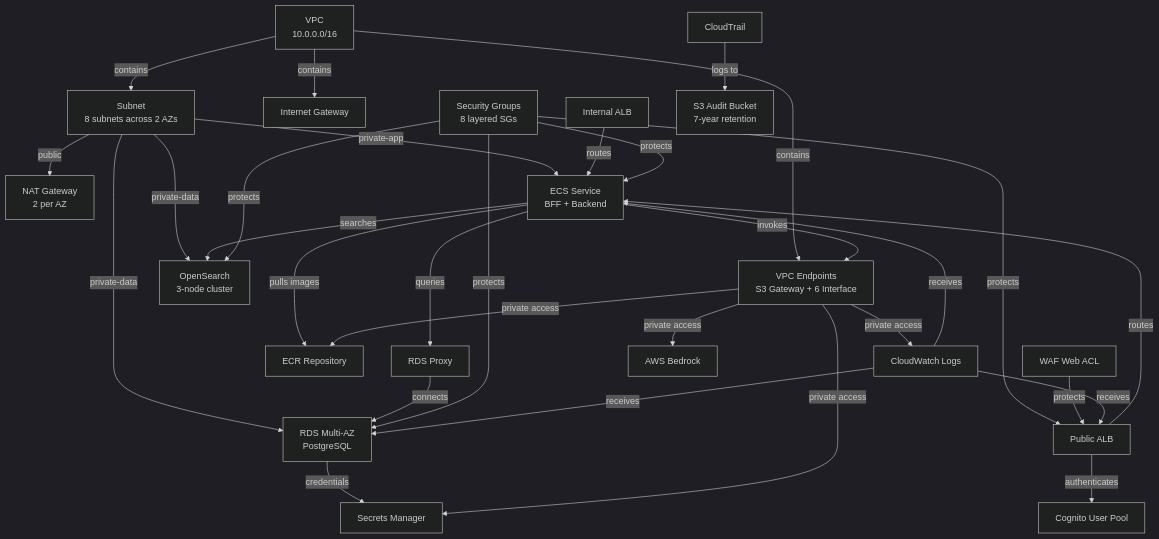
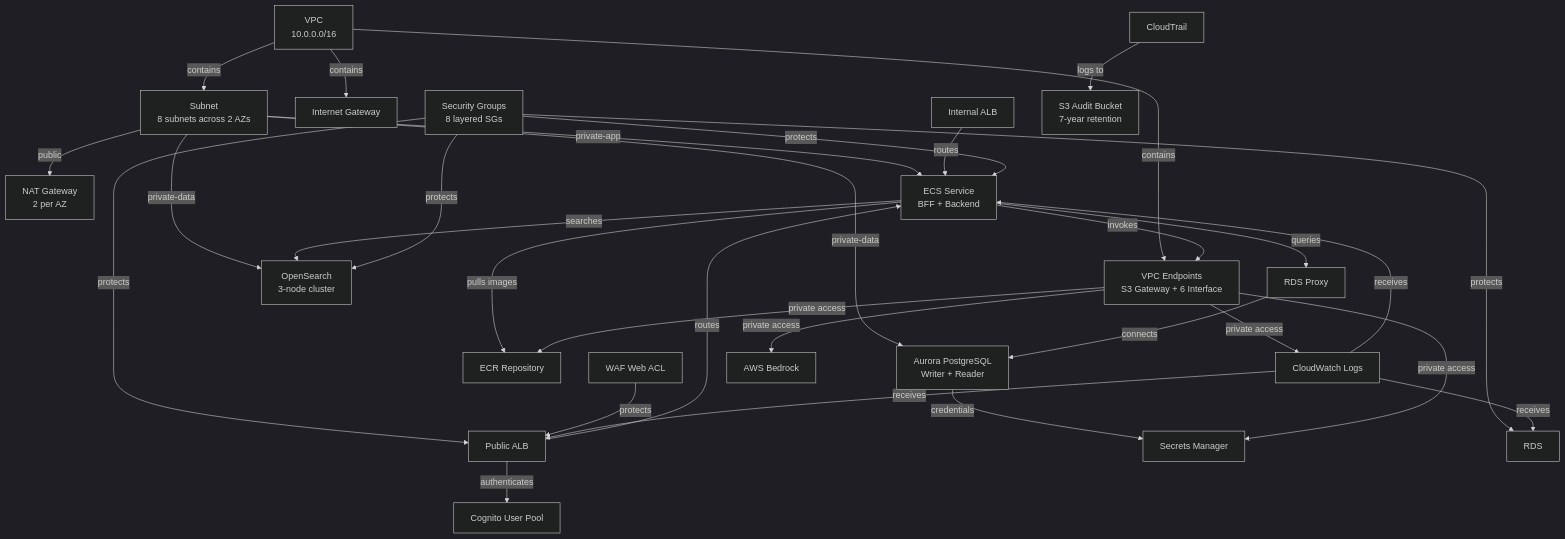
Before and after one commit to jerryyf/aws-hackathon-infra: the diagram in specs/002-create-python-application/data-model.md, drawn with Mermaid (dark theme). The commit also changed other lines of this file and 5 other files, not shown here.

First line of the commit message:
feat(spec-002): migrate database from RDS to Aurora PostgreSQL

````diff
--- a/specs/002-create-python-application/data-model.md
+++ b/specs/002-create-python-application/data-model.md
@@ -732,41 +765,41 @@
 ```mermaid
 graph TB
     VPC[VPC<br/>10.0.0.0/16] -->|contains| Subnet[Subnet<br/>8 subnets across 2 AZs]
     VPC -->|contains| IGW[Internet Gateway]
     VPC -->|contains| VPCEndpoint[VPC Endpoints<br/>S3 Gateway + 6 Interface]
     
     Subnet -->|public| NAT[NAT Gateway<br/>2 per AZ]
     Subnet -->|private-app| ECS[ECS Service<br/>BFF + Backend]
-    Subnet -->|private-data| RDS[RDS Multi-AZ<br/>PostgreSQL]
+    Subnet -->|private-data| Aurora[Aurora PostgreSQL<br/>Writer + Reader]
     Subnet -->|private-data| OpenSearch[OpenSearch<br/>3-node cluster]
     
     ALB[Public ALB] -->|authenticates| Cognito[Cognito User Pool]
     ALB -->|routes| ECS
     ALBInternal[Internal ALB] -->|routes| ECS
     
     ECS -->|queries| RDSProxy[RDS Proxy]
-    RDSProxy -->|connects| RDS
+    RDSProxy -->|connects| Aurora
     ECS -->|searches| OpenSearch
     ECS -->|invokes| VPCEndpoint
     
-    RDS -->|credentials| Secret[Secrets Manager]
+    Aurora -->|credentials| Secret[Secrets Manager]
     ECS -->|pulls images| ECR[ECR Repository]
     
     SecurityGroup[Security Groups<br/>8 layered SGs] -->|protects| ALB
     SecurityGroup -->|protects| ECS
     SecurityGroup -->|protects| RDS
     SecurityGroup -->|protects| OpenSearch
     
     WAF[WAF Web ACL] -->|protects| ALB
     
     CloudWatch[CloudWatch Logs] -->|receives| ECS
     CloudWatch -->|receives| ALB
     CloudWatch -->|receives| RDS
     
     CloudTrail[CloudTrail] -->|logs to| S3Audit[S3 Audit Bucket<br/>7-year retention]
     
     VPCEndpoint -->|private access| Bedrock[AWS Bedrock]
     VPCEndpoint -->|private access| Secret
     VPCEndpoint -->|private access| ECR
     VPCEndpoint -->|private access| CloudWatch
 ```
````
